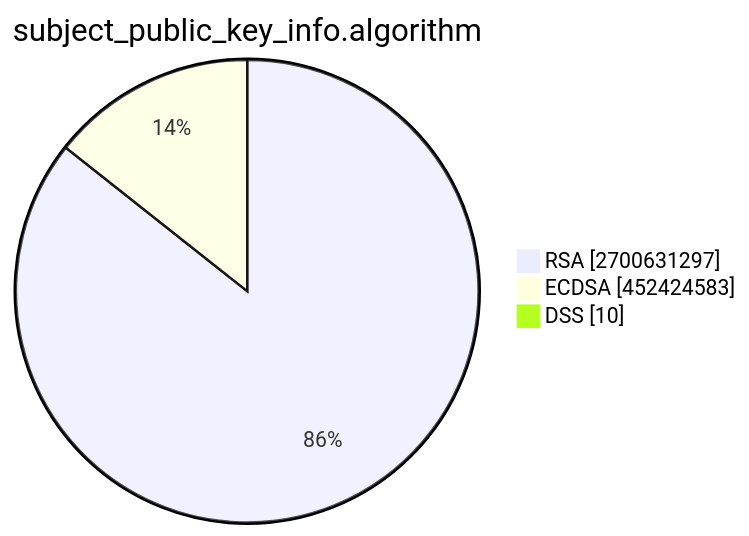
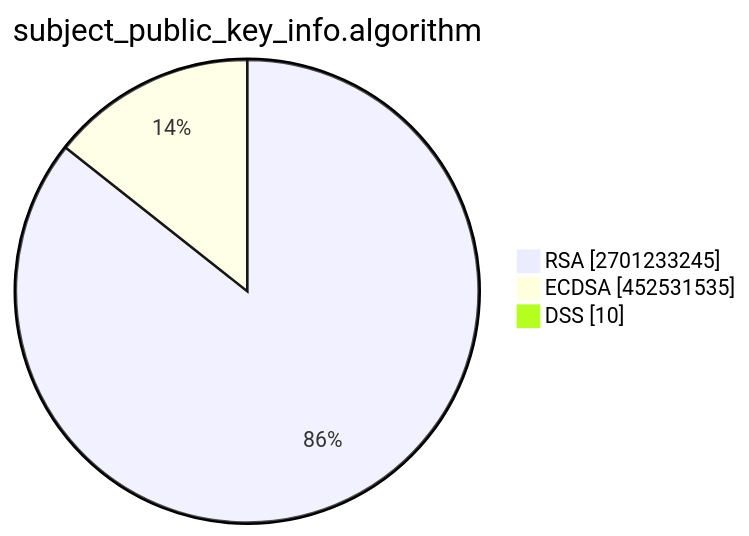
The second of 15 diagrams in TOTAL/README.md (christiankrug/ctmonitor_visualization), drawn with Mermaid before and after one commit. The commit also changed other lines of this file, not shown here.

````diff
--- a/TOTAL/README.md
+++ b/TOTAL/README.md
@@ -6,7 +6,7 @@
 ```mermaid
 pie showData
 title subject_public_key_info.algorithm
-"RSA" :2700631297
-"ECDSA" :452424583
+"RSA" :2701233245
+"ECDSA" :452531535
 "DSS" :10
 ```
````
